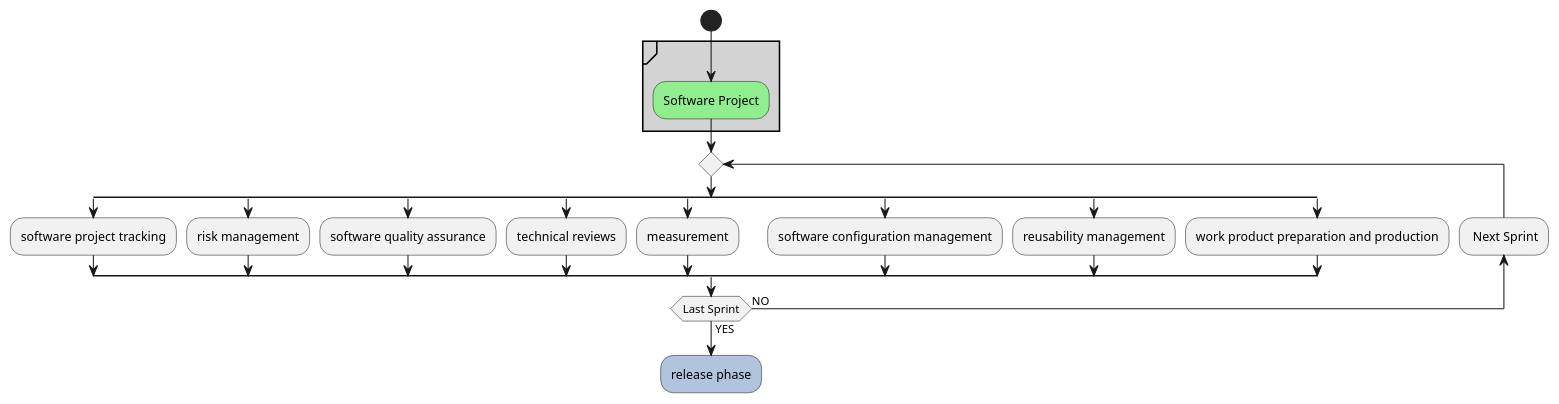
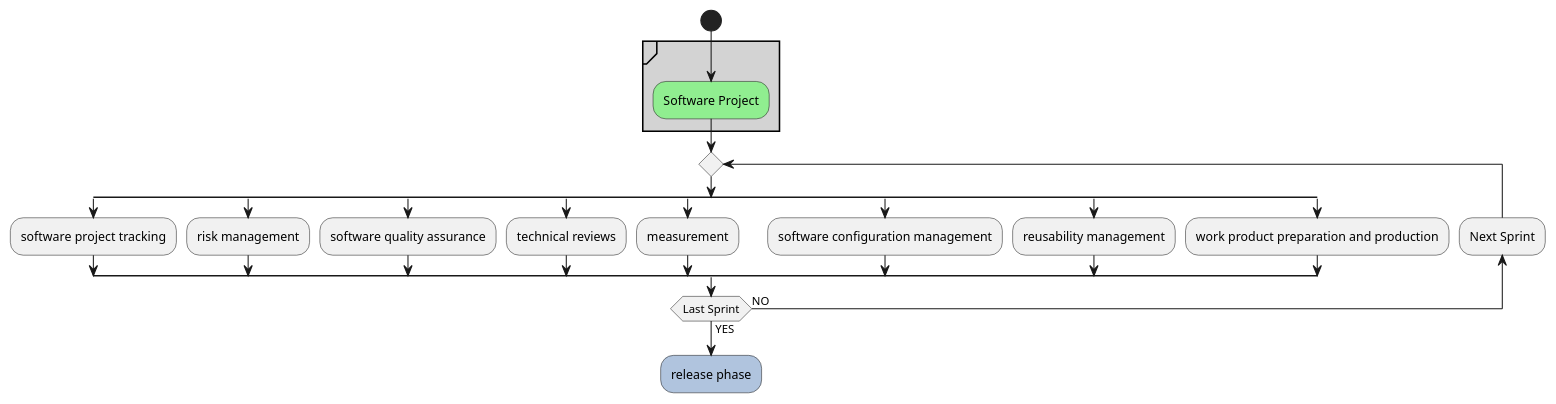
The first of 23 diagrams in M1/Umbrella.puml (KPZNet/CSC505), drawn with PlantUML before and after one commit.

```diff
--- a/M1/Umbrella.puml
+++ b/M1/Umbrella.puml
@@ -2,31 +2,31 @@
 @startuml UmbrellaActivities
 
 start
 partition #LightGrey  {
 #LightGreen:Software Project;
 }
 repeat
 split
   :software project tracking;
 split again
   :risk management;
 split again
   :software quality assurance;
 
 split again
   :technical reviews;
 split again
   :measurement;
 split again
   :software configuration management;
 split again
   :reusability management;
 split again
   :work product preparation and production;
 end split;
-backward : Next Sprint;
+backward :Next Sprint;
 repeatwhile (Last Sprint) is (NO) not (YES)
 
 #LightSteelBlue:release phase;
 
 @enduml
```
